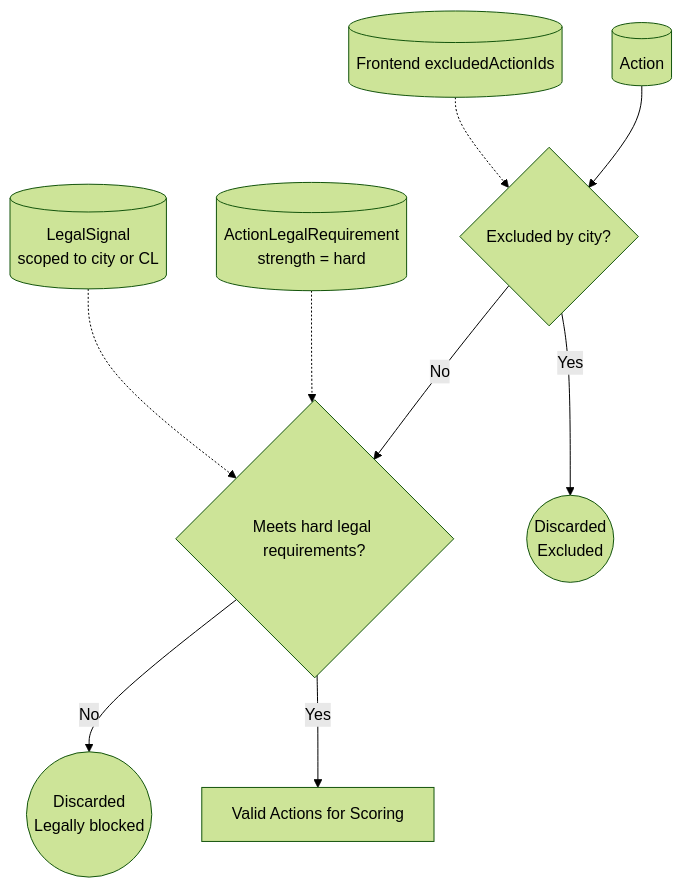
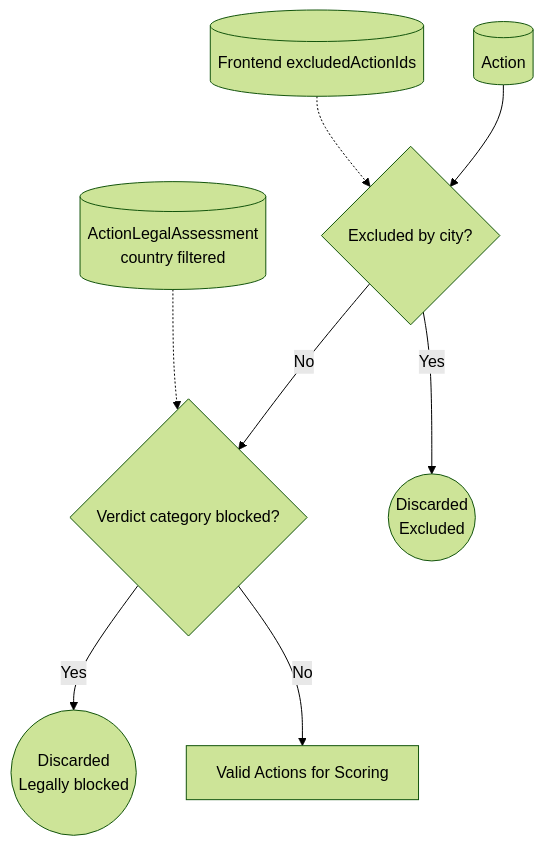
One commit to Open-Earth-Foundation/CityCatalyst changed the first of 5 diagrams in hiap-meed/docs/detailed-block-architecture.md. Above: the diagram before and after it, drawn with Mermaid (forest theme). The commit also changed other lines of this file and 13 other files, not shown here.

````diff
--- a/hiap-meed/docs/detailed-block-architecture.md
+++ b/hiap-meed/docs/detailed-block-architecture.md
@@ -44,26 +44,24 @@
 ```mermaid
 graph TD
   ActionTbl[(Action)]
   Confirmed[(Frontend excludedActionIds)]
-  ReqTbl[(ActionLegalRequirement<br/>strength = hard)]
-  SigTbl[(LegalSignal<br/>scoped to city or CL)]
+  LegalTbl[(ActionLegalAssessment<br/>country filtered)]
 
   Excl{Excluded by city?}
-  Legal{Meets hard legal requirements?}
+  Legal{Verdict category blocked?}
 
   DiscardExcl((Discarded<br/>Excluded))
   DiscardLegal((Discarded<br/>Legally blocked))
   Valid[Valid Actions for Scoring]
 
   ActionTbl --> Excl
   Confirmed -.-> Excl
 
   Excl -- Yes --> DiscardExcl
   Excl -- No --> Legal
 
-  ReqTbl -.-> Legal
-  SigTbl -.-> Legal
+  LegalTbl -.-> Legal
 
-  Legal -- No --> DiscardLegal
-  Legal -- Yes --> Valid
+  Legal -- Yes --> DiscardLegal
+  Legal -- No --> Valid
 ```
````
